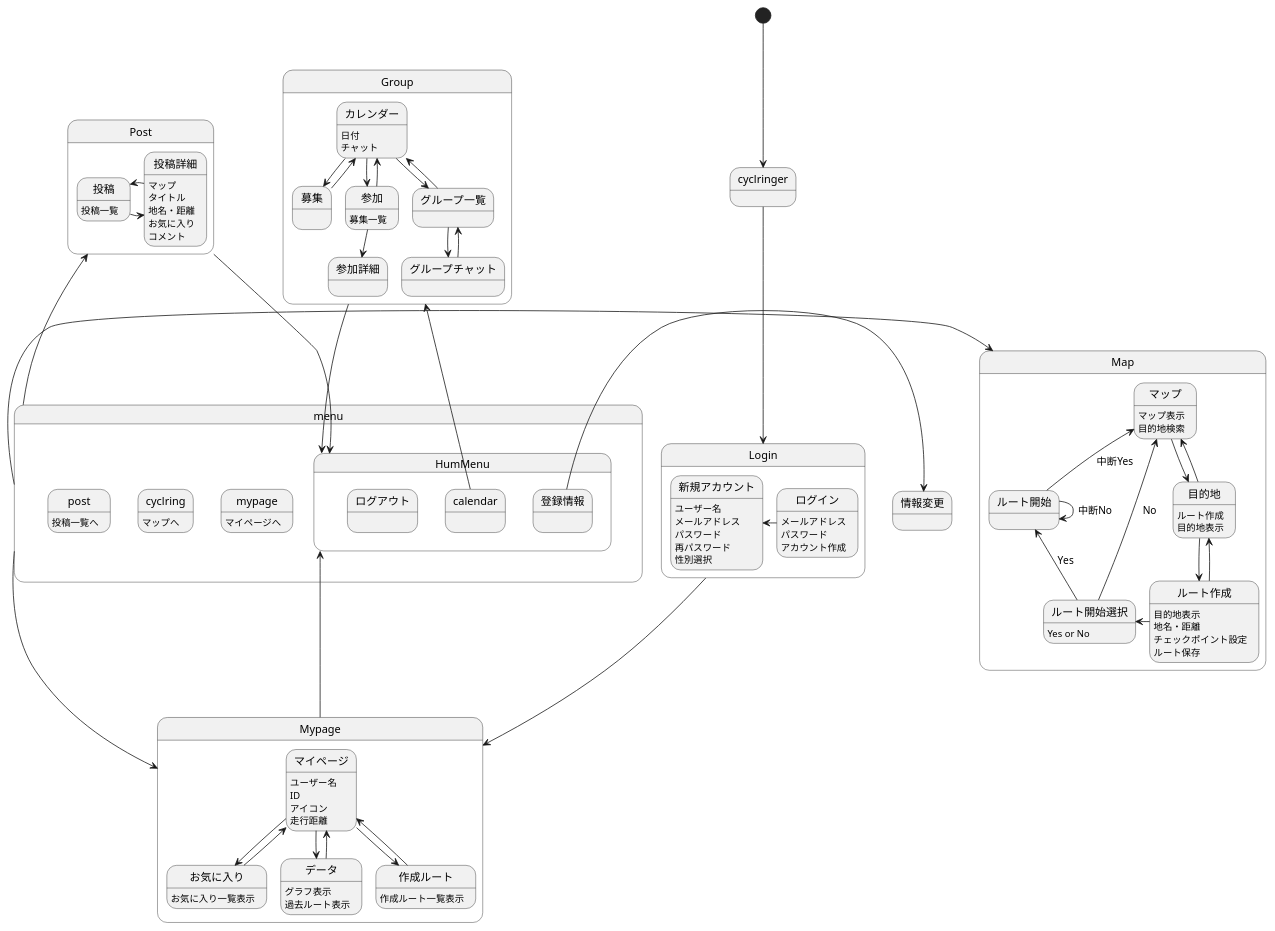
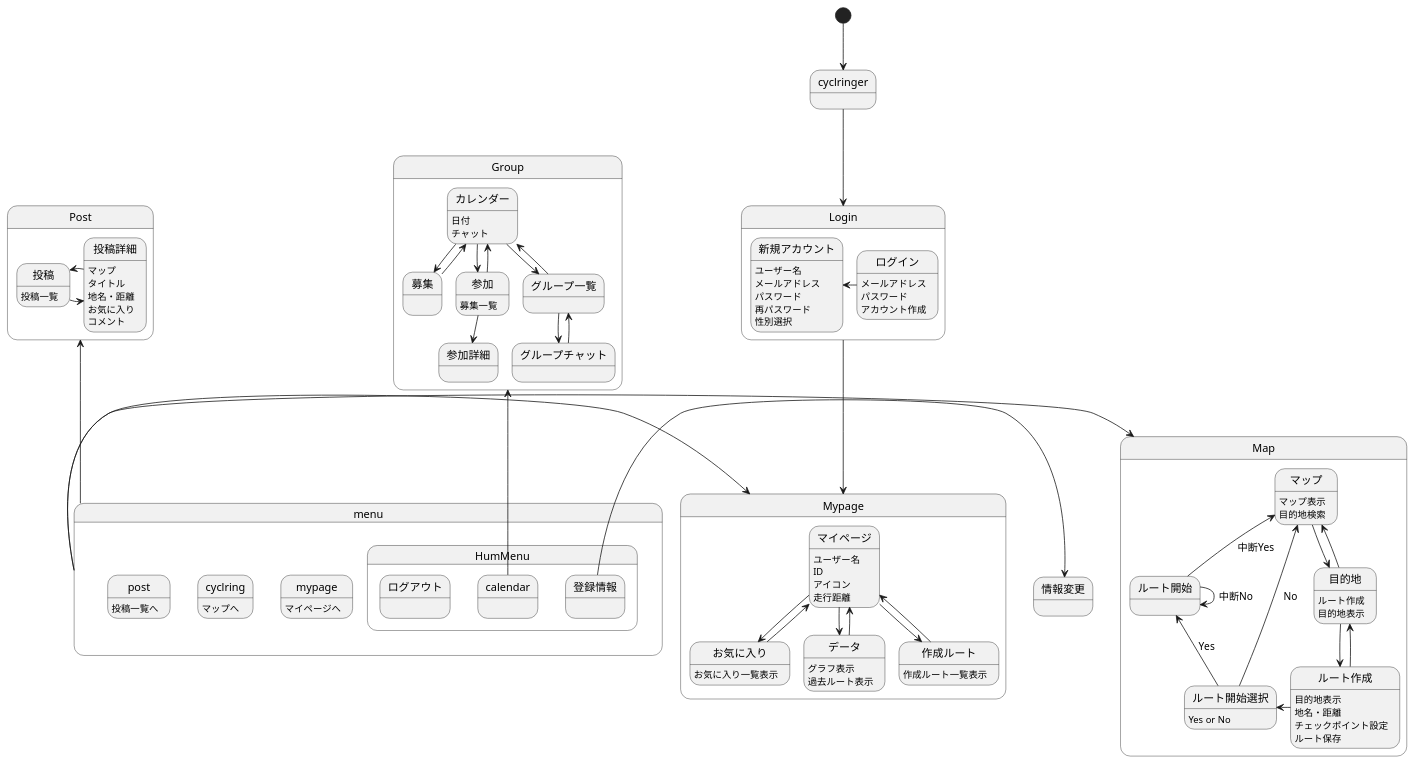
Before and after one commit to AsoSD3A3/CyclingSystem: the diagram in 画面遷移図/gm.md, drawn with PlantUML.

```diff
--- a/画面遷移図/gm.md
+++ b/画面遷移図/gm.md
@@ -17,7 +17,7 @@
 
 登録情報-right->情報変更
 calendar-up->Group
-Group-->HumMenu
+
 
 state Group{
 カレンダー:日付
@@ -56,7 +56,6 @@
 }
 
 Login-down->Mypage
-Mypage-up->HumMenu
 
 state Mypage{
 マイページ:ユーザー名
@@ -98,7 +97,7 @@
 ルート開始-up->マップ :中断Yes
 }
 
-Post-up->HumMenu
+
 state Post{
 
 投稿:投稿一覧
```
